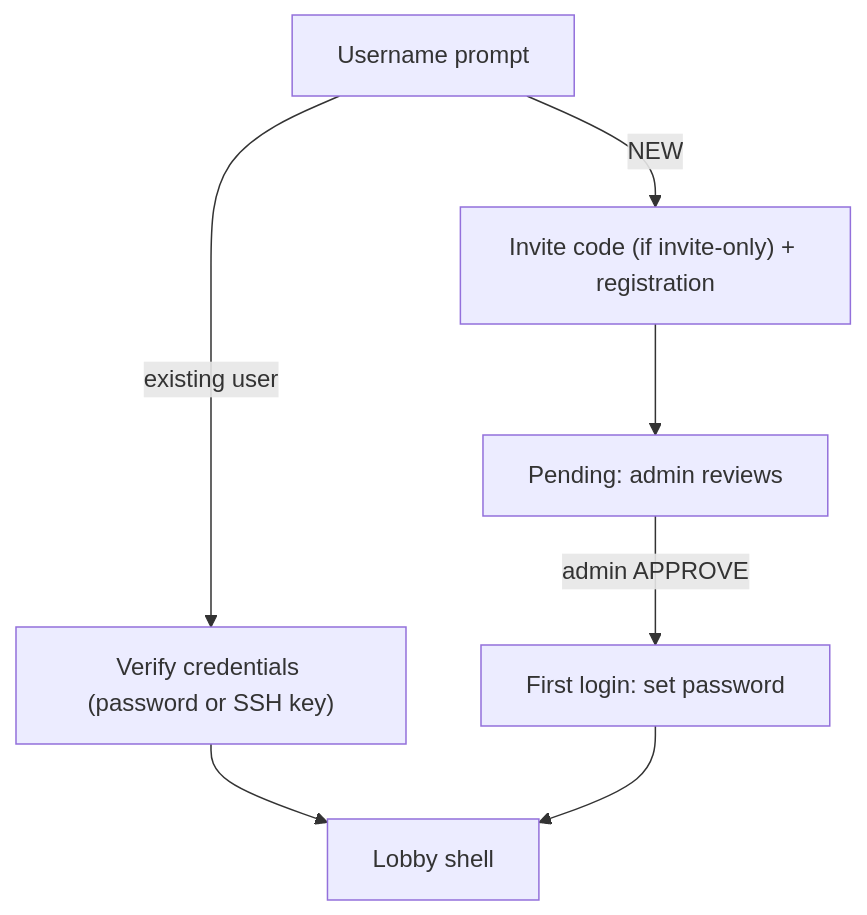
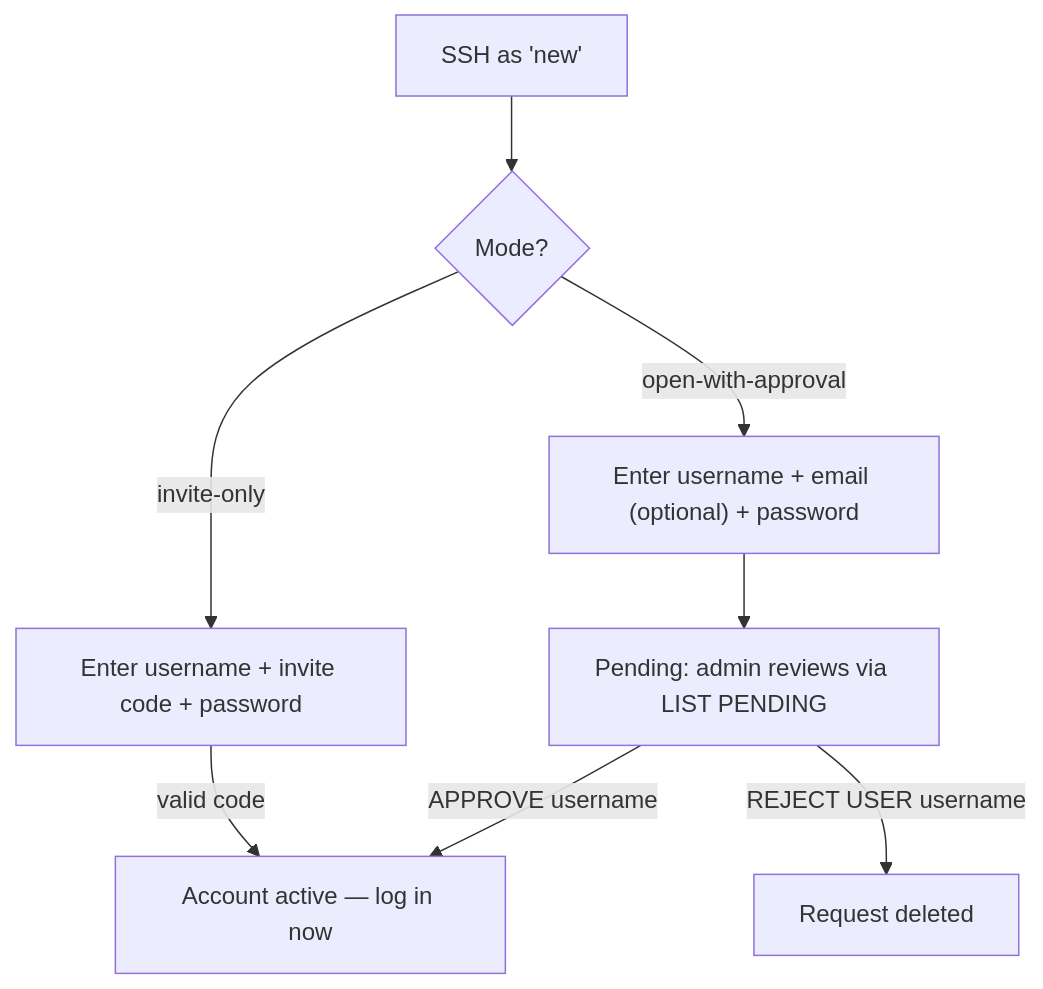
One commit to klingon00/retro-vax-bbs changed the third of 3 diagrams in docs/design-doc.md. Above: the diagram before and after it, drawn with Mermaid. The commit also changed other lines of this file and 3 other files, not shown here.

````diff
--- a/docs/design-doc.md
+++ b/docs/design-doc.md
@@ -87,9 +93,10 @@
 ```mermaid
 flowchart TD
-    A["Username prompt"] -->|"existing user"| B["Verify credentials (password or SSH key)"]
-    A -->|"NEW"| C["Invite code (if invite-only) + registration"]
-    C --> D["Pending: admin reviews"]
-    D -->|"admin APPROVE"| E["First login: set password"]
-    B --> F["Lobby shell"]
-    E --> F
+    A["SSH as 'new'"] --> B{"Mode?"}
+    B -->|"invite-only"| C["Enter username + invite code + password"]
+    B -->|"open-with-approval"| D["Enter username + email (optional) + password"]
+    C -->|"valid code"| Active["Account active — log in now"]
+    D --> Pend["Pending: admin reviews via LIST PENDING"]
+    Pend -->|"APPROVE username"| Active
+    Pend -->|"REJECT USER username"| Gone["Request deleted"]
 ```
````
